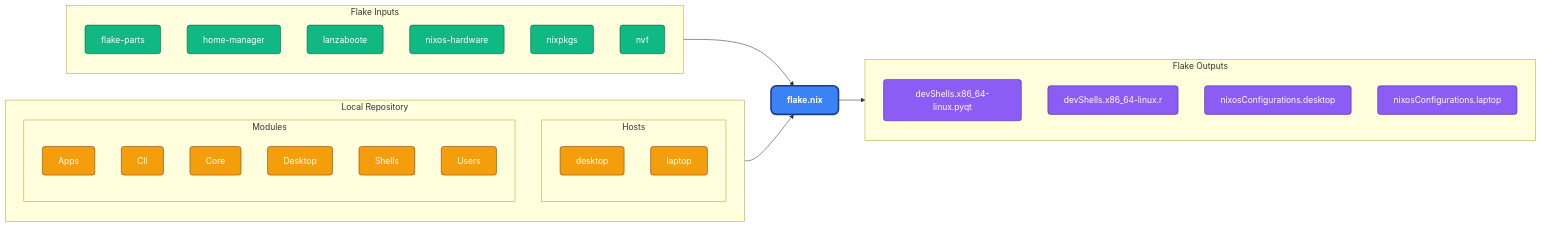
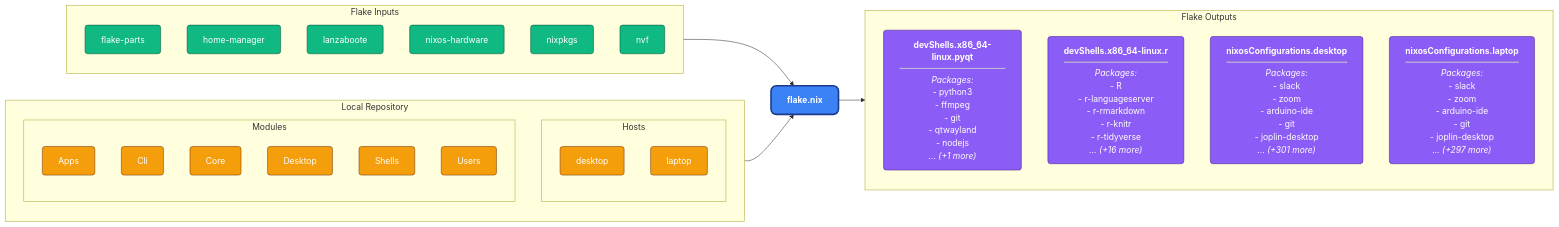
One commit to samuel-garmany/NixOS changed the diagram in README.md. Above: the diagram before and after it, drawn with Mermaid. The commit also changed 1 other file, not shown here.

Commit message:
feat: dynamically evaluate packages and inject into outputs graph

````diff
--- a/README.md
+++ b/README.md
@@ -18,47 +18,47 @@
 ```mermaid
 graph LR
   classDef flake fill:#3b82f6,stroke:#1e3a8a,stroke-width:3px,color:#fff,font-weight:bold,rx:10,ry:10;
   classDef input fill:#10b981,stroke:#064e3b,color:#fff,rx:5,ry:5;
   classDef local fill:#f59e0b,stroke:#78350f,color:#fff,rx:5,ry:5;
   classDef output fill:#8b5cf6,stroke:#4c1d95,color:#fff,rx:5,ry:5;
   Flake[flake.nix]:::flake
 
   subgraph Inputs [Flake Inputs]
     direction TB
     in_flake_parts[flake-parts]:::input
     in_home_manager[home-manager]:::input
     in_lanzaboote[lanzaboote]:::input
     in_nixos_hardware[nixos-hardware]:::input
     in_nixpkgs[nixpkgs]:::input
     in_nvf[nvf]:::input
   end
   Inputs --> Flake
 
   subgraph Local [Local Repository]
     direction TB
     subgraph Hosts
       direction TB
       h_desktop[desktop]:::local
       h_laptop[laptop]:::local
     end
     subgraph Modules
       direction TB
       m_apps[Apps]:::local
       m_cli[Cli]:::local
       m_core[Core]:::local
       m_desktop[Desktop]:::local
       m_shells[Shells]:::local
       m_users[Users]:::local
     end
   end
   Local --> Flake
 
   subgraph Outputs [Flake Outputs]
     direction TB
-    out_devShells_x86_64_linux_pyqt[devShells.x86_64-linux.pyqt]:::output
-    out_devShells_x86_64_linux_r[devShells.x86_64-linux.r]:::output
-    out_nixosConfigurations_desktop[nixosConfigurations.desktop]:::output
-    out_nixosConfigurations_laptop[nixosConfigurations.laptop]:::output
+    out_devShells_x86_64_linux_pyqt["<b>devShells.x86_64-linux.pyqt</b><hr/><i>Packages:</i><br/>- python3<br/>- ffmpeg<br/>- git<br/>- qtwayland<br/>- nodejs<br/><i>... (+1 more)</i>"]:::output
+    out_devShells_x86_64_linux_r["<b>devShells.x86_64-linux.r</b><hr/><i>Packages:</i><br/>- R<br/>- r-languageserver<br/>- r-rmarkdown<br/>- r-knitr<br/>- r-tidyverse<br/><i>... (+16 more)</i>"]:::output
+    out_nixosConfigurations_desktop["<b>nixosConfigurations.desktop</b><hr/><i>Packages:</i><br/>- slack<br/>- zoom<br/>- arduino-ide<br/>- git<br/>- joplin-desktop<br/><i>... (+301 more)</i>"]:::output
+    out_nixosConfigurations_laptop["<b>nixosConfigurations.laptop</b><hr/><i>Packages:</i><br/>- slack<br/>- zoom<br/>- arduino-ide<br/>- git<br/>- joplin-desktop<br/><i>... (+297 more)</i>"]:::output
   end
   Flake --> Outputs
 ```
````
